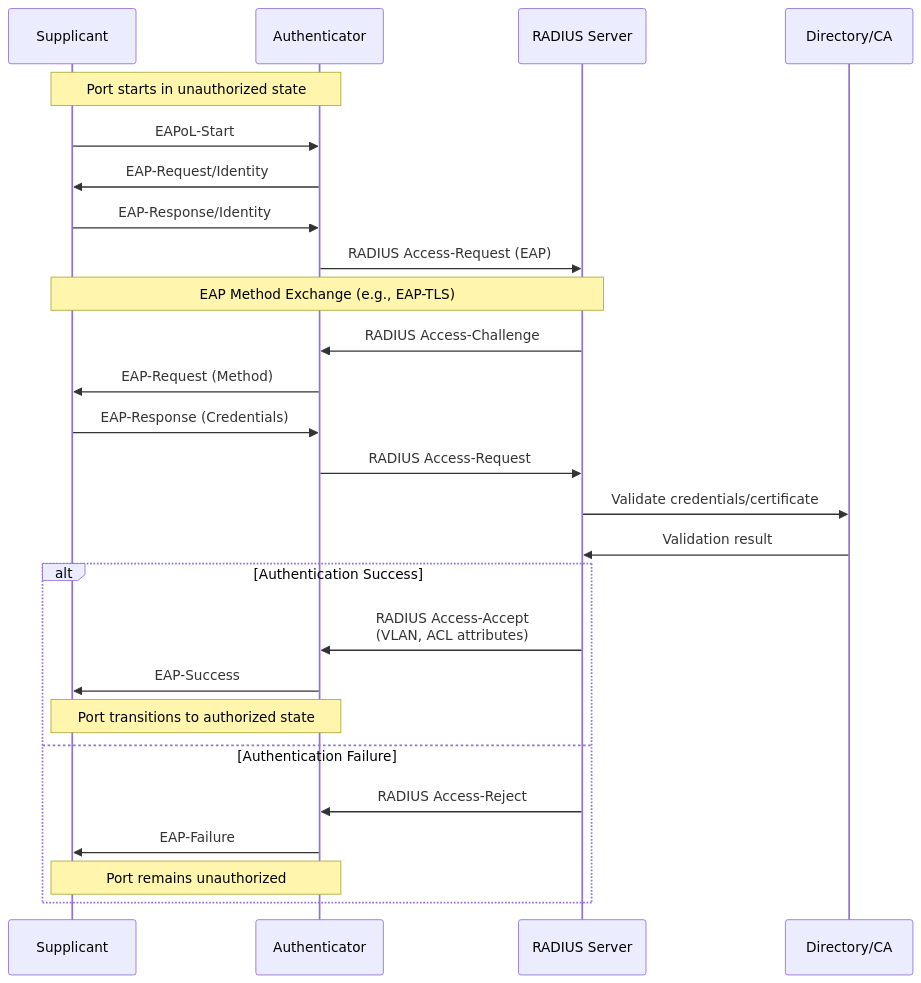
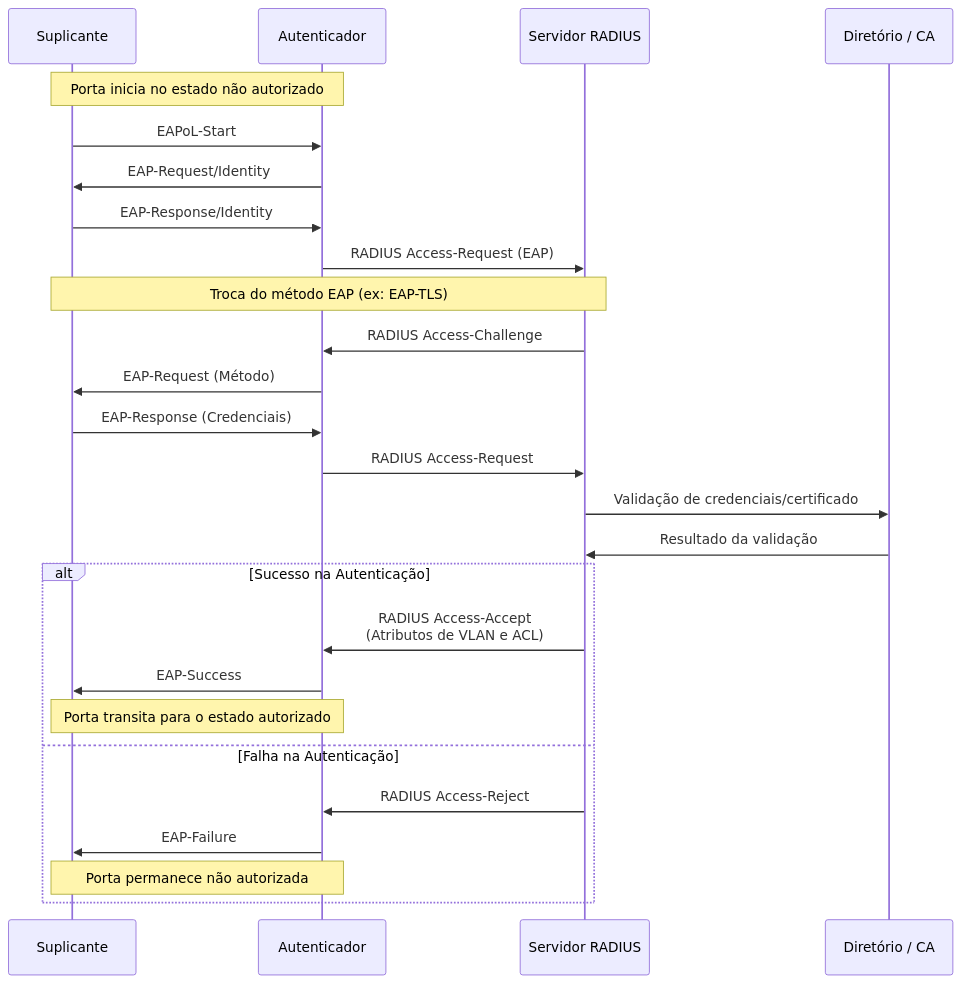
The fourth of 14 diagrams in README.md (andreirapuru/Diagramas-Dot1x), drawn with Mermaid before and after one commit. The commit also changed other lines of this file, not shown here.

````diff
--- a/README.md
+++ b/README.md
@@ -90,32 +91,32 @@
 ```mermaid
 sequenceDiagram
-    participant S as Supplicant
-    participant A as Authenticator
-    participant R as RADIUS Server
-    participant D as Directory/CA
+    participant S as Suplicante
+    participant A as Autenticador
+    participant R as Servidor RADIUS
+    participant D as Diretório / CA
 
-    Note over S,A: Port starts in unauthorized state
+    Note over S,A: Porta inicia no estado não autorizado
     S->>A: EAPoL-Start
     A->>S: EAP-Request/Identity
     S->>A: EAP-Response/Identity
     A->>R: RADIUS Access-Request (EAP)
 
-    Note over S,R: EAP Method Exchange (e.g., EAP-TLS)
+    Note over S,R: Troca do método EAP (ex: EAP-TLS)
     R->>A: RADIUS Access-Challenge
-    A->>S: EAP-Request (Method)
-    S->>A: EAP-Response (Credentials)
+    A->>S: EAP-Request (Método)
+    S->>A: EAP-Response (Credenciais)
     A->>R: RADIUS Access-Request
 
-    R->>D: Validate credentials/certificate
-    D->>R: Validation result
+    R->>D: Validação de credenciais/certificado
+    D->>R: Resultado da validação
 
-    alt Authentication Success
-        R->>A: RADIUS Access-Accept<br/>(VLAN, ACL attributes)
+    alt Sucesso na Autenticação
+        R->>A: RADIUS Access-Accept<br/>(Atributos de VLAN e ACL)
         A->>S: EAP-Success
-        Note over S,A: Port transitions to authorized state
-    else Authentication Failure
+        Note over S,A: Porta transita para o estado autorizado
+    else Falha na Autenticação
         R->>A: RADIUS Access-Reject
         A->>S: EAP-Failure
-        Note over S,A: Port remains unauthorized
+        Note over S,A: Porta permanece não autorizada
     end
 ```
````
